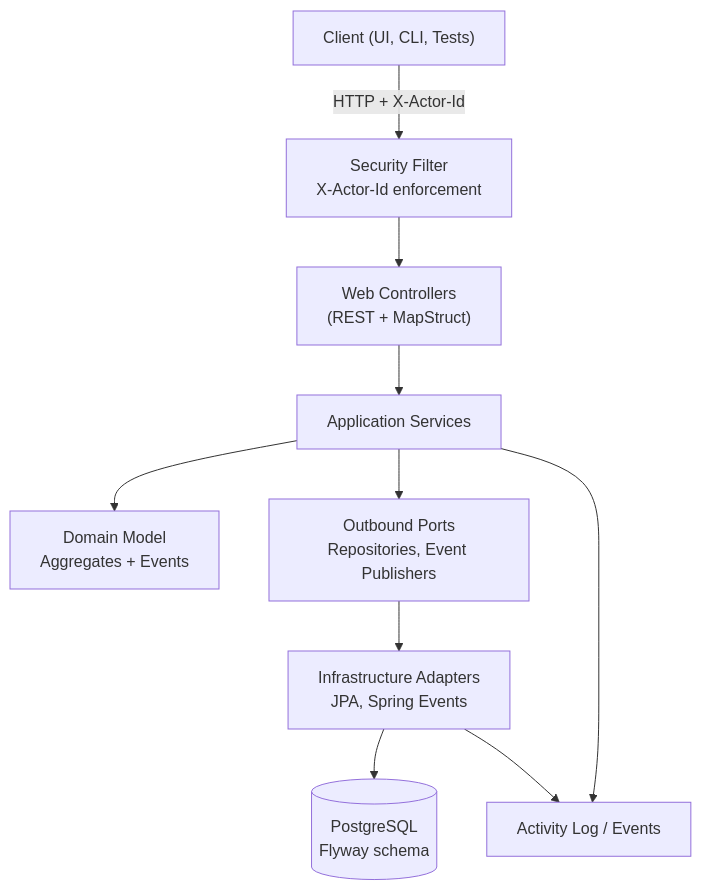
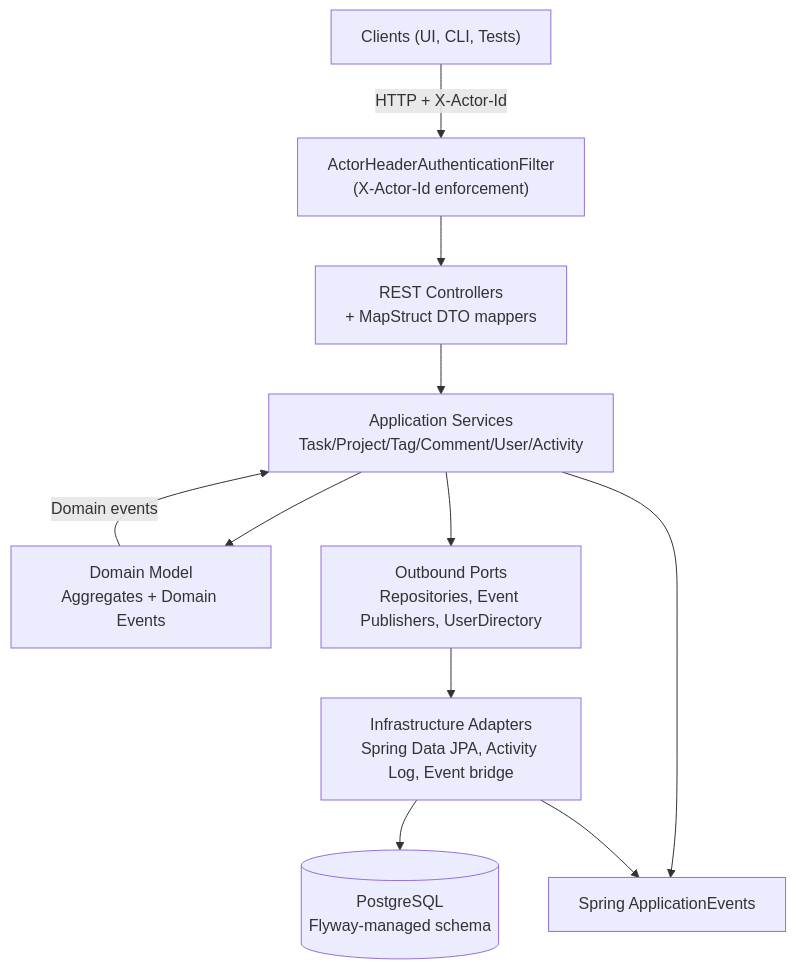
One commit to ilyafedotov-ops/demo-spring changed the diagram in README.md. Above: the diagram before and after it, drawn with Mermaid. The commit also changed other lines of this file and 1 other file, not shown here.

Commit message:
docs: refresh architecture overview

````diff
--- a/README.md
+++ b/README.md
@@ -13,16 +24,18 @@
 ```mermaid
 graph TD
-    Client["Client (UI, CLI, Tests)"]
-    Filter["Security Filter\nX-Actor-Id enforcement"]
-    Web["Web Controllers\n(REST + MapStruct)"]
-    Services["Application Services"]
-    Domain["Domain Model\nAggregates + Events"]
-    Ports["Outbound Ports\nRepositories, Event Publishers"]
-    Infra["Infrastructure Adapters\nJPA, Spring Events"]
-    DB[("PostgreSQL\nFlyway schema")]
+    Client["Clients (UI, CLI, Tests)"]
+    Filter["ActorHeaderAuthenticationFilter\n(X-Actor-Id enforcement)"]
+    Web["REST Controllers\n+ MapStruct DTO mappers"]
+    App["Application Services\nTask/Project/Tag/Comment/User/Activity"]
+    Domain["Domain Model\nAggregates + Domain Events"]
+    Ports["Outbound Ports\nRepositories, Event Publishers, UserDirectory"]
+    Infra["Infrastructure Adapters\nSpring Data JPA, Activity Log, Event bridge"]
+    DB[("PostgreSQL\nFlyway-managed schema")]
+    Events["Spring ApplicationEvents"]
 
-    Client -->|HTTP + X-Actor-Id| Filter --> Web --> Services --> Domain
-    Services --> Ports --> Infra --> DB
-    Infra --> Events["Activity Log / Events"]
-    Services --> Events
+    Client -->|HTTP + X-Actor-Id| Filter --> Web --> App --> Domain
+    Domain -->|Domain events| App
+    App --> Ports --> Infra --> DB
+    App --> Events
+    Infra --> Events
 ```
````
